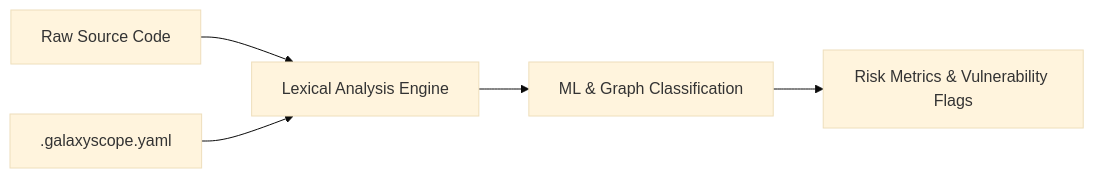
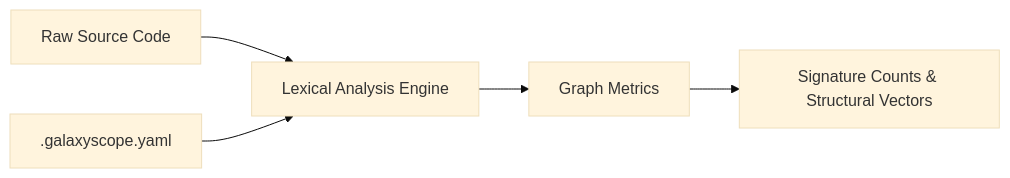
Before and after one commit to squid-protocol/gitgalaxy: the diagram in docs/wiki/04-00-security_landscape.md, drawn with Mermaid (base theme). The commit also changed other lines of this file and 4 other files, not shown here.

````diff
--- a/docs/wiki/04-00-security_landscape.md
+++ b/docs/wiki/04-00-security_landscape.md
@@ -37,7 +37,7 @@
 ```mermaid
 graph LR
     A[Raw Source Code] --> B[Lexical Analysis Engine]
     C[.galaxyscope.yaml] --> B
-    B --> D[ML & Graph Classification]
-    D --> E[Risk Metrics & Vulnerability Flags]
+    B --> D[Graph Metrics]
+    D --> E[Signature Counts & Structural Vectors]
 ```
````
